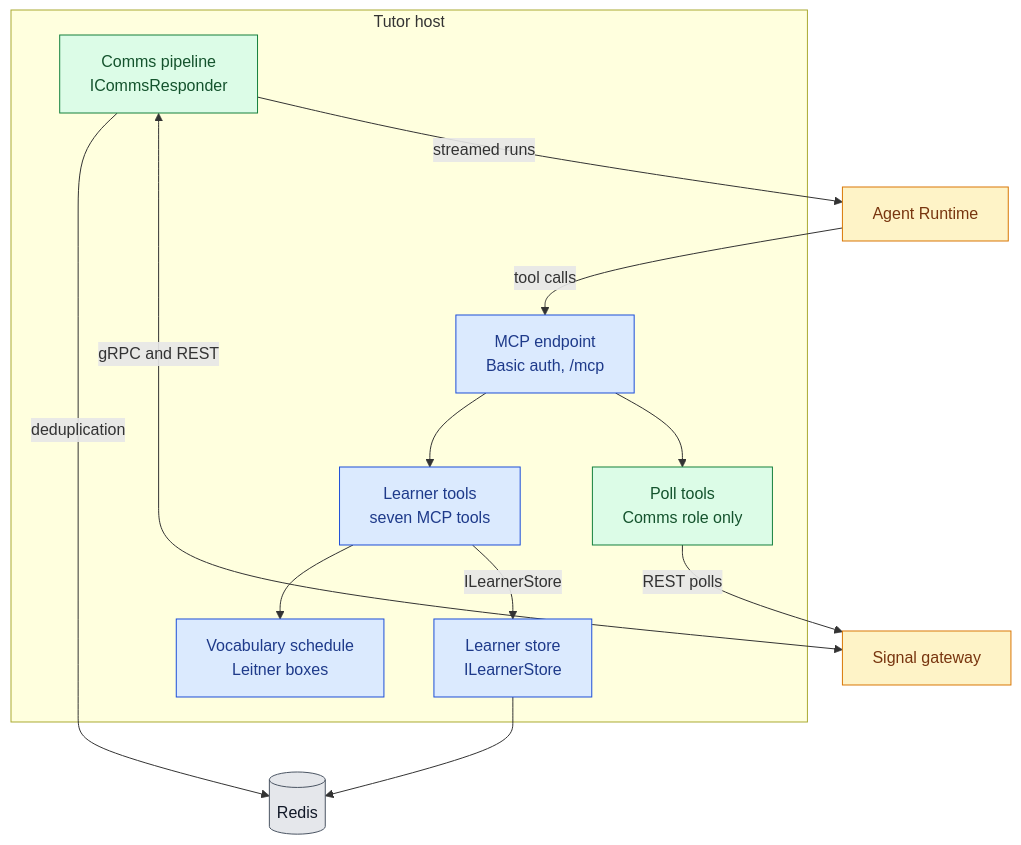
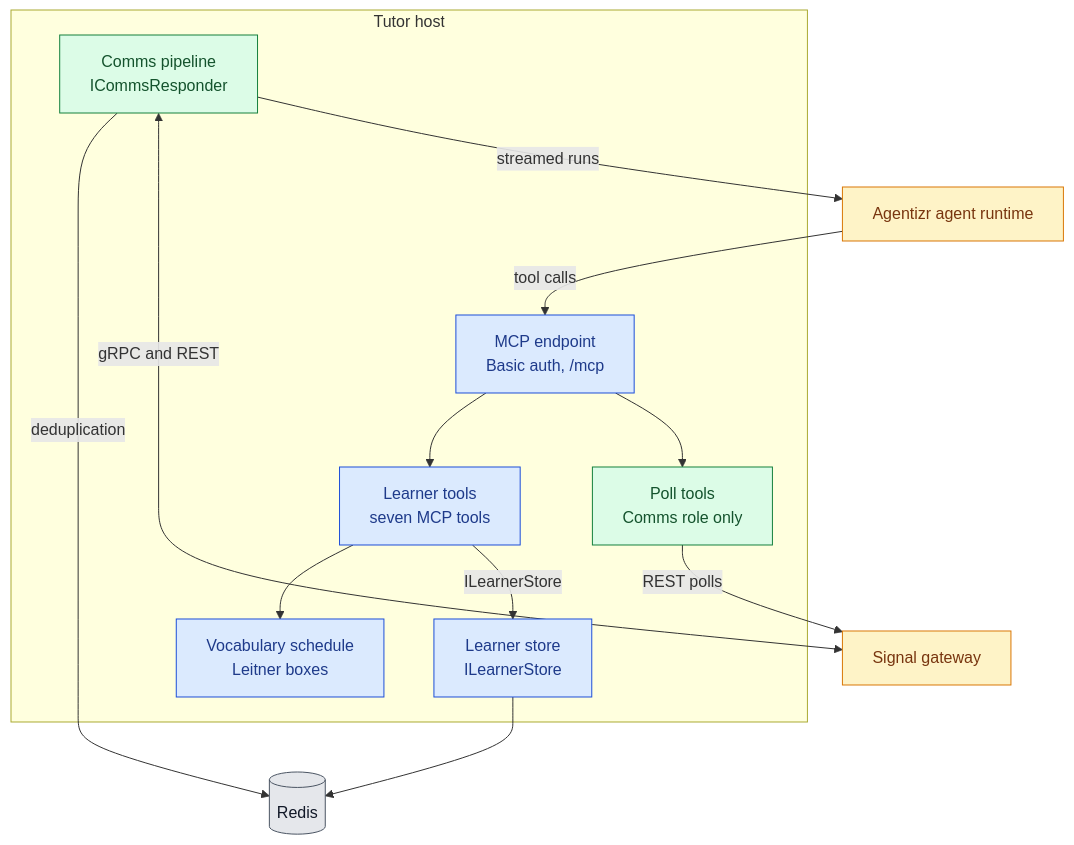
The second of 5 diagrams in docs/architecture.md (f2calv/tutorizr), drawn with Mermaid before and after one commit. The commit also changed other lines of this file and 15 other files, not shown here.

````diff
--- a/docs/architecture.md
+++ b/docs/architecture.md
@@ -39,26 +51,26 @@
 ```mermaid
 flowchart TB
     classDef component fill:#dbeafe,stroke:#1d4ed8,color:#1e3a8a
     classDef packaged fill:#dcfce7,stroke:#15803d,color:#14532d
     classDef store fill:#e5e7eb,stroke:#4b5563,color:#111827
     classDef external fill:#fef3c7,stroke:#d97706,color:#78350f
 
     subgraph host [Tutor host]
         mcp[MCP endpoint<br/>Basic auth, /mcp]:::component
         tools[Learner tools<br/>seven MCP tools]:::component
         schedule[Vocabulary schedule<br/>Leitner boxes]:::component
         store[Learner store<br/>ILearnerStore]:::component
         comms[Comms pipeline<br/>ICommsResponder]:::packaged
         polls[Poll tools<br/>Comms role only]:::packaged
         mcp --> tools
         mcp --> polls
         tools --> schedule
         tools -->|ILearnerStore| store
     end
     store --> redis[(Redis)]:::store
     comms -->|deduplication| redis
     comms <-->|"gRPC and REST"| gateway[Signal gateway]:::external
     polls -->|"REST polls"| gateway
-    comms -->|"streamed runs"| runtime[Agent Runtime]:::external
+    comms -->|"streamed runs"| runtime[Agentizr agent runtime]:::external
     runtime -->|"tool calls"| mcp
 ```
````
